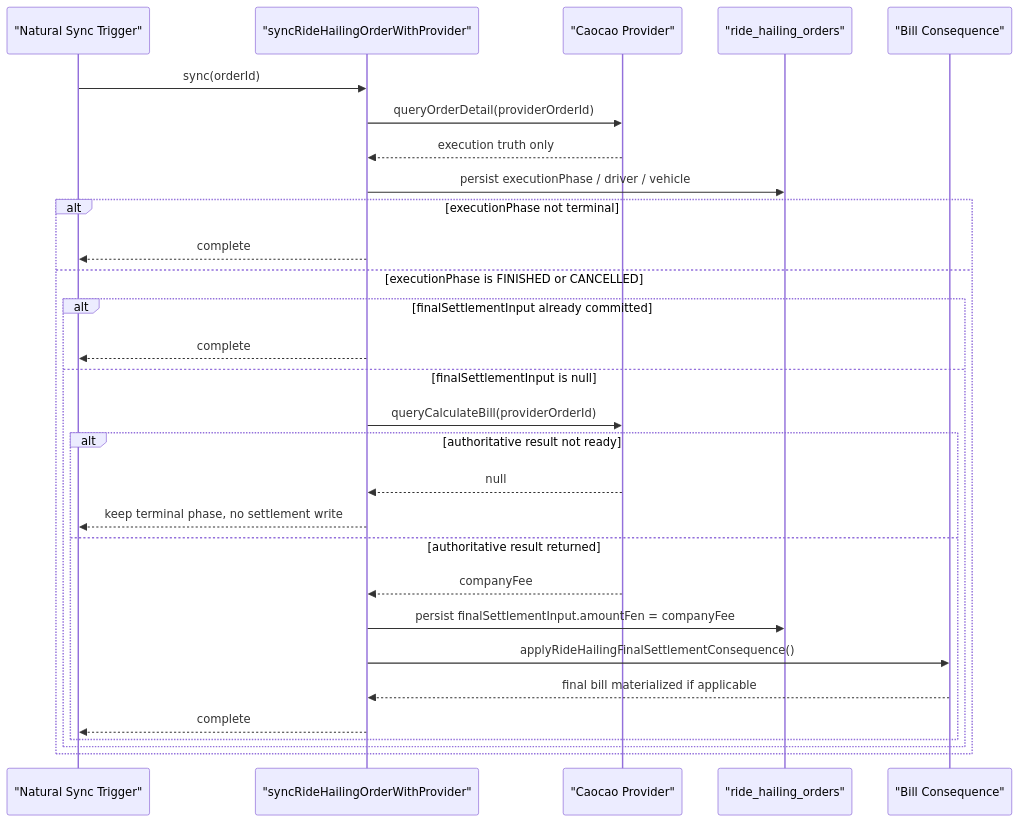
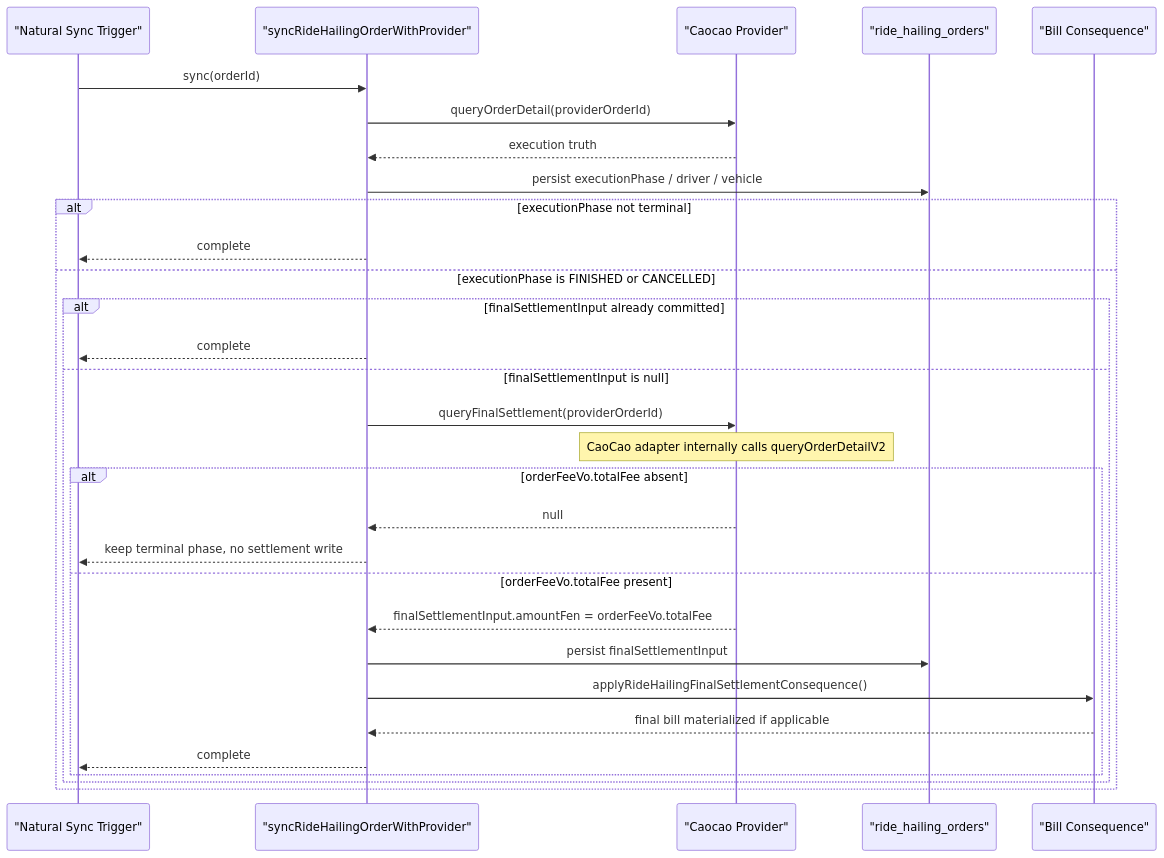
One commit to partner-up-dev/app changed the diagram in tasks/ride-hailing-cancel-final-bill-diagnosis/00-task-packet.md. Above: the diagram before and after it, drawn with Mermaid. The commit also changed other lines of this file and 8 other files, not shown here.

First line of the commit message:
fix(ride-hailing): align caocao settlement and detail truth

````diff
--- a/tasks/ride-hailing-cancel-final-bill-diagnosis/00-task-packet.md
+++ b/tasks/ride-hailing-cancel-final-bill-diagnosis/00-task-packet.md
@@ -173,33 +198,34 @@
 ```mermaid
 sequenceDiagram
   participant Trigger as "Natural Sync Trigger"
   participant Sync as "syncRideHailingOrderWithProvider"
   participant Provider as "Caocao Provider"
   participant RideOrder as "ride_hailing_orders"
   participant Bill as "Bill Consequence"
 
   Trigger->>Sync: sync(orderId)
   Sync->>Provider: queryOrderDetail(providerOrderId)
-  Provider-->>Sync: execution truth only
+  Provider-->>Sync: execution truth
   Sync->>RideOrder: persist executionPhase / driver / vehicle
 
   alt executionPhase not terminal
     Sync-->>Trigger: complete
   else executionPhase is FINISHED or CANCELLED
     alt finalSettlementInput already committed
       Sync-->>Trigger: complete
     else finalSettlementInput is null
-      Sync->>Provider: queryCalculateBill(providerOrderId)
-      alt authoritative result not ready
+      Sync->>Provider: queryFinalSettlement(providerOrderId)
+      Note over Provider: CaoCao adapter internally calls queryOrderDetailV2
+      alt orderFeeVo.totalFee absent
         Provider-->>Sync: null
         Sync-->>Trigger: keep terminal phase, no settlement write
-      else authoritative result returned
-        Provider-->>Sync: companyFee
-        Sync->>RideOrder: persist finalSettlementInput.amountFen = companyFee
+      else orderFeeVo.totalFee present
+        Provider-->>Sync: finalSettlementInput.amountFen = orderFeeVo.totalFee
+        Sync->>RideOrder: persist finalSettlementInput
         Sync->>Bill: applyRideHailingFinalSettlementConsequence()
         Bill-->>Sync: final bill materialized if applicable
         Sync-->>Trigger: complete
       end
     end
   end
 ```
````
